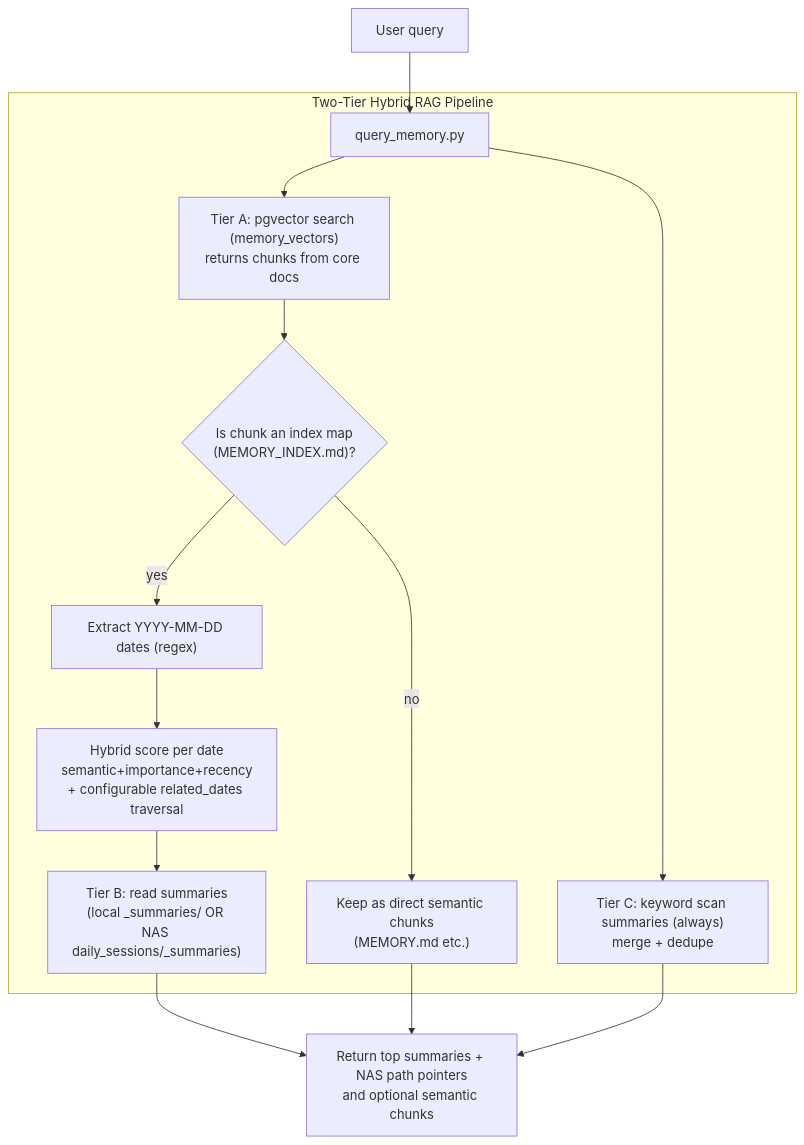
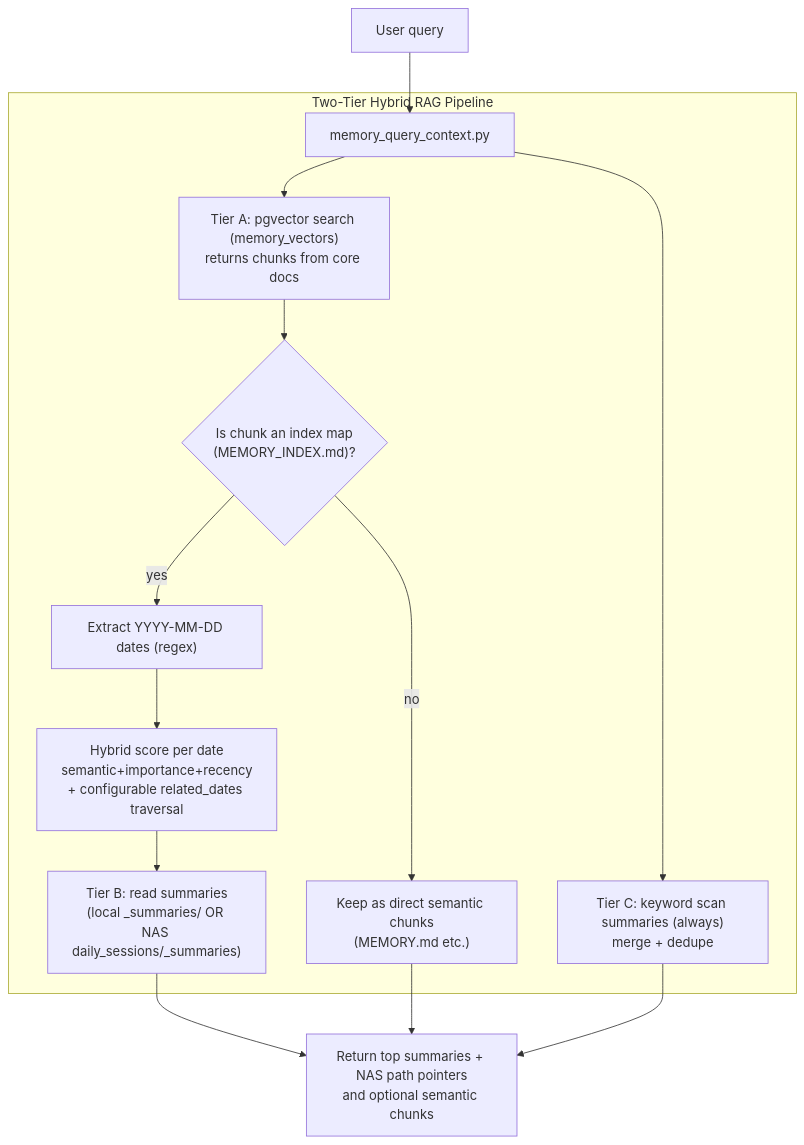
One commit to nouverse-tech/nouva-mcp-server changed the fourth of 5 diagrams in src/skills/memory_engine/ARCHITECTURE.md. Above: the diagram before and after it, drawn with Mermaid. The commit also changed other lines of this file and 29 other files, not shown here.

````diff
--- a/src/skills/memory_engine/ARCHITECTURE.md
+++ b/src/skills/memory_engine/ARCHITECTURE.md
@@ -216,20 +216,20 @@
 ```mermaid
 flowchart TD
-  U["User query"] --> QM["query_memory.py"]
+  U["User query"] --> QM["memory_query_context.py"]
 
   subgraph RAG["Two-Tier Hybrid RAG Pipeline"]
     QM --> V["Tier A: pgvector search (memory_vectors)\nreturns chunks from core docs"]
     V --> D{"Is chunk an index map\n(MEMORY_INDEX.md)?"}
     D -->|yes| EX["Extract YYYY-MM-DD dates (regex)"]
     D -->|no| RC["Keep as direct semantic chunks\n(MEMORY.md etc.)"]
 
     EX --> HS["Hybrid score per date\nsemantic+importance+recency\n+ configurable related_dates traversal"]
     HS --> SUM["Tier B: read summaries\n(local _summaries/ OR NAS daily_sessions/_summaries)"]
 
     QM --> KW["Tier C: keyword scan summaries (always)\nmerge + dedupe"]
   end
 
   SUM --> OUT["Return top summaries + NAS path pointers\nand optional semantic chunks"]
   KW --> OUT
   RC --> OUT
 ```
````
